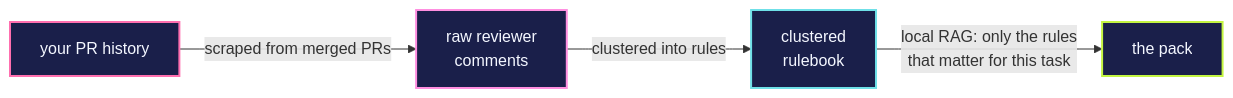
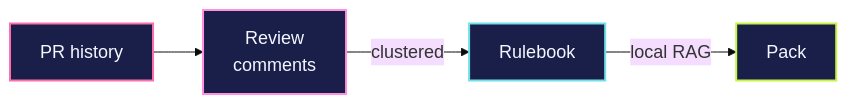
One commit to bkawa-bot/planet-maiko changed the first of 3 diagrams in README.md. Above: the diagram before and after it, drawn with Mermaid. The commit also changed other lines of this file, not shown here.

First line of the commit message:
README diagrams: shorter labels + 18px fontSize so text reads

````diff
--- a/README.md
+++ b/README.md
@@ -33,15 +33,14 @@
 ```mermaid
+%%{init: {'theme':'base','themeVariables':{'fontSize':'18px'}}}%%
 flowchart LR
-  GH["your PR history"]:::source
-  SIG["raw reviewer<br/>comments"]:::signal
-  RULES["clustered<br/>rulebook"]:::rules
-  PACK["the pack"]:::pack
-  GH -->|"scraped from merged PRs"| SIG
-  SIG -->|"clustered into rules"| RULES
-  RULES -->|"local RAG: only the rules<br/>that matter for this task"| PACK
+  GH["PR history"]:::source
+  SIG["Review<br/>comments"]:::signal
+  RULES["Rulebook"]:::rules
+  PACK["Pack"]:::pack
+  GH --> SIG -->|"clustered"| RULES -->|"local RAG"| PACK
 
   classDef source fill:#1A1F4A,stroke:#FF6FAF,stroke-width:2px,color:#F4F7FF;
   classDef signal fill:#1A1F4A,stroke:#FF8FE0,stroke-width:2px,color:#F4F7FF;
   classDef rules fill:#1A1F4A,stroke:#6FE0E8,stroke-width:2px,color:#F4F7FF;
   classDef pack fill:#1A1F4A,stroke:#C4F542,stroke-width:2px,color:#F4F7FF;
 ```
````
